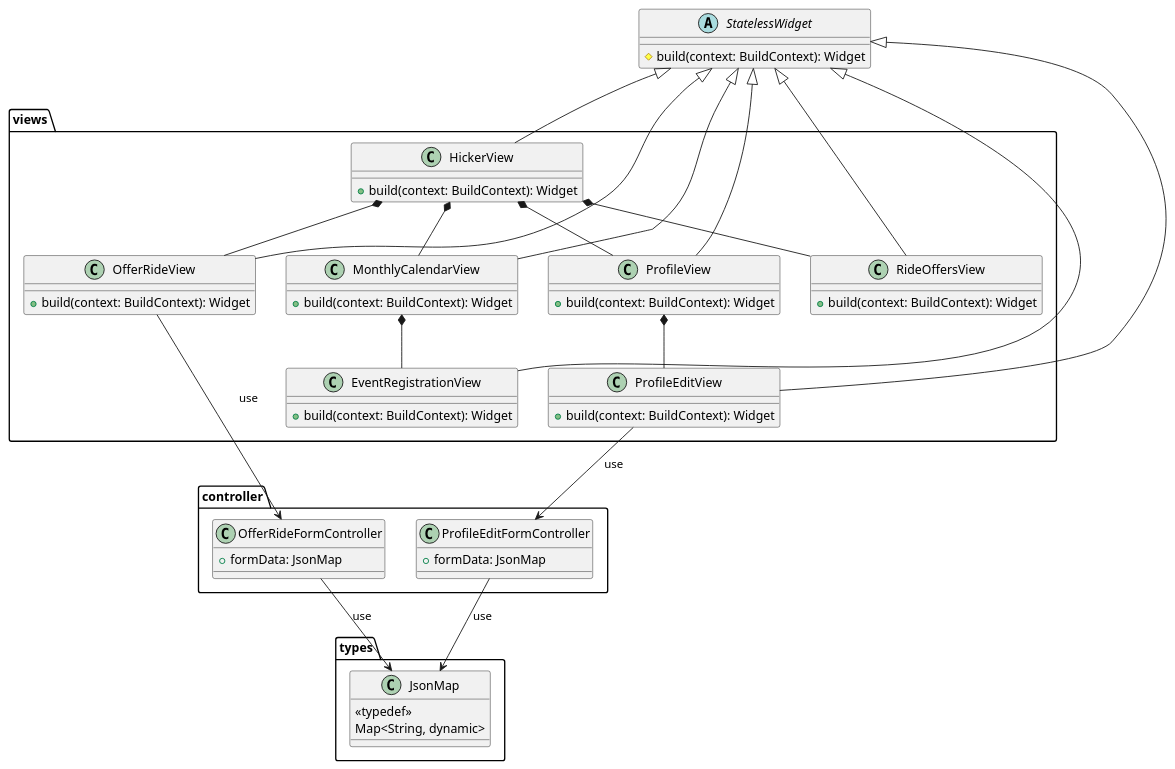
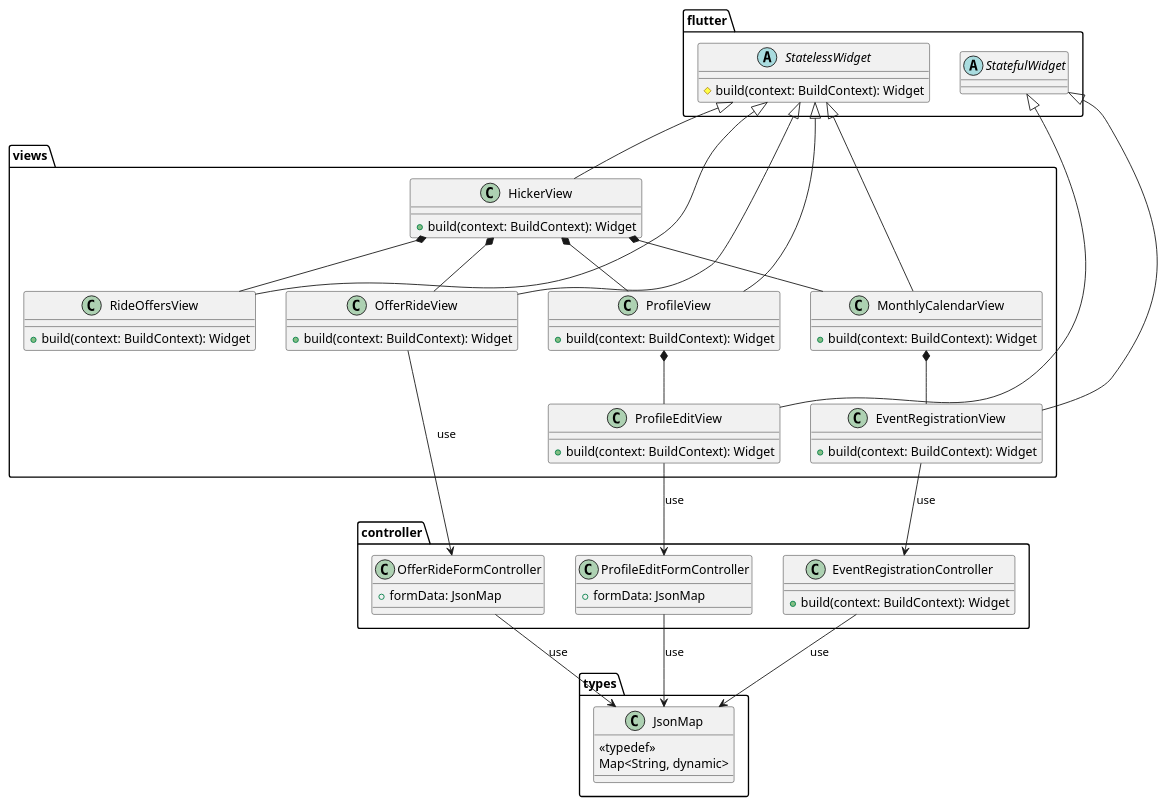
One commit to tiagors09/pe_na_pedra changed the diagram in docs/diagrams/src/class_diagrams/pe_na_pedra_class_diagram_7.plantuml. Above: the diagram before and after it, drawn with PlantUML. The commit also changed 4 other files, not shown here.

```diff
--- a/docs/diagrams/src/class_diagrams/pe_na_pedra_class_diagram_7.plantuml
+++ b/docs/diagrams/src/class_diagrams/pe_na_pedra_class_diagram_7.plantuml
@@ -1,75 +1,88 @@
 @startuml pe_na_pedra_class_diagram_7
 package types {
   class JsonMap {
     <<typedef>>
     Map<String, dynamic>
   }
 }
 
-abstract class StatelessWidget {
+package flutter {
+  abstract class StatefulWidget
+
+  abstract class StatelessWidget {
   # build(context: BuildContext): Widget
 }
 
+
+}
 package controller {
   class OfferRideFormController {
     + formData: JsonMap
   }
   
   class ProfileEditFormController {
     + formData: JsonMap
+  }
+
+  class EventRegistrationController {
+    + build(context: BuildContext): Widget
   }
 }
 
 package views {
   class HickerView {
     + build(context: BuildContext): Widget
   }
 
   class MonthlyCalendarView {
     + build(context: BuildContext): Widget
   }
 
   class EventRegistrationView {
     + build(context: BuildContext): Widget
   }
 
   class ProfileView {
     + build(context: BuildContext): Widget
   }
 
   class ProfileEditView {
     + build(context: BuildContext): Widget
   }
 
   class OfferRideView {
     + build(context: BuildContext): Widget
   }
 
   class RideOffersView {
     + build(context: BuildContext): Widget
   }
 }
 
 StatelessWidget <|-- HickerView
 StatelessWidget <|-- MonthlyCalendarView
 StatelessWidget <|-- ProfileView
-StatelessWidget <|-- ProfileEditView
+StatefulWidget <|-- ProfileEditView
 StatelessWidget <|-- OfferRideView
 StatelessWidget <|-- RideOffersView
 
-StatelessWidget <|-- EventRegistrationView
+StatefulWidget <|-- EventRegistrationView
 
 HickerView *-- MonthlyCalendarView
 HickerView *-- ProfileView
 ProfileView *-- ProfileEditView
 HickerView *-- OfferRideView
 HickerView *-- RideOffersView
 
 MonthlyCalendarView *-- EventRegistrationView
 
 ProfileEditView --> ProfileEditFormController : use
 OfferRideView --> OfferRideFormController : use
 
 OfferRideFormController --> JsonMap : use
 ProfileEditFormController --> JsonMap : use
+
+EventRegistrationView --> EventRegistrationController : use
+
+EventRegistrationController --> JsonMap : use
 @enduml
```
